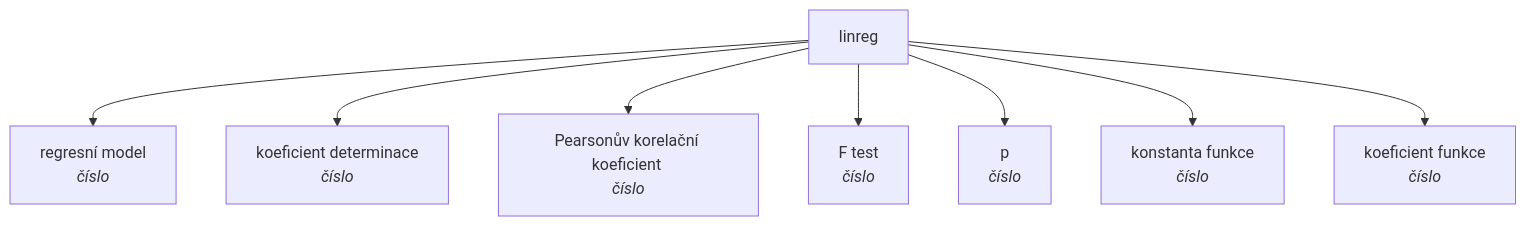
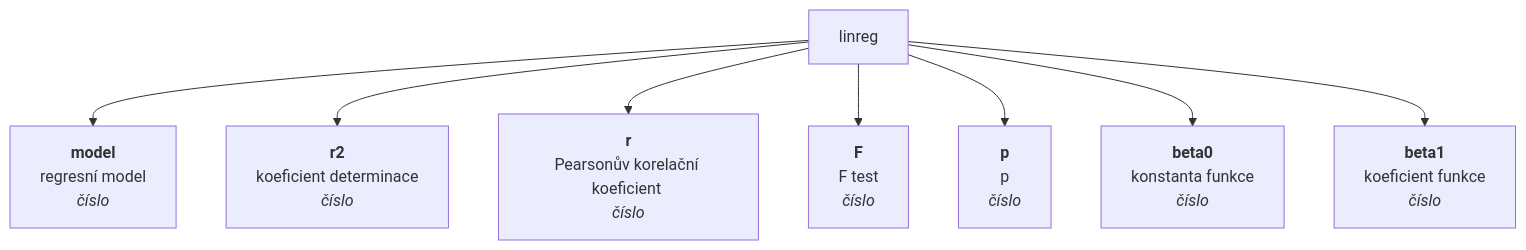
Before and after one commit to muzikp/retusa: the first of 3 diagrams in md-test.md, drawn with Mermaid. The commit also changed other lines of this file, not shown here.

````diff
--- a/md-test.md
+++ b/md-test.md
@@ -49,11 +49,11 @@
 ```mermaid
 graph TD
-linreg --> model[regresní model <br><i>číslo</i>]
-linreg --> r2[koeficient determinace <br><i>číslo</i>]
-linreg --> r[Pearsonův korelační koeficient <br><i>číslo</i>]
-linreg --> F[F test <br><i>číslo</i>]
-linreg --> p[p <br><i>číslo</i>]
-linreg --> beta0[konstanta funkce <br><i>číslo</i>]
-linreg --> beta1[koeficient funkce <br><i>číslo</i>]
+linreg --> model[<b>model</b><br>regresní model <br><i>číslo</i>]
+linreg --> r2[<b>r2</b><br>koeficient determinace <br><i>číslo</i>]
+linreg --> r[<b>r</b><br>Pearsonův korelační koeficient <br><i>číslo</i>]
+linreg --> F[<b>F</b><br>F test <br><i>číslo</i>]
+linreg --> p[<b>p</b><br>p <br><i>číslo</i>]
+linreg --> beta0[<b>beta0</b><br>konstanta funkce <br><i>číslo</i>]
+linreg --> beta1[<b>beta1</b><br>koeficient funkce <br><i>číslo</i>]
 
 ```
````
